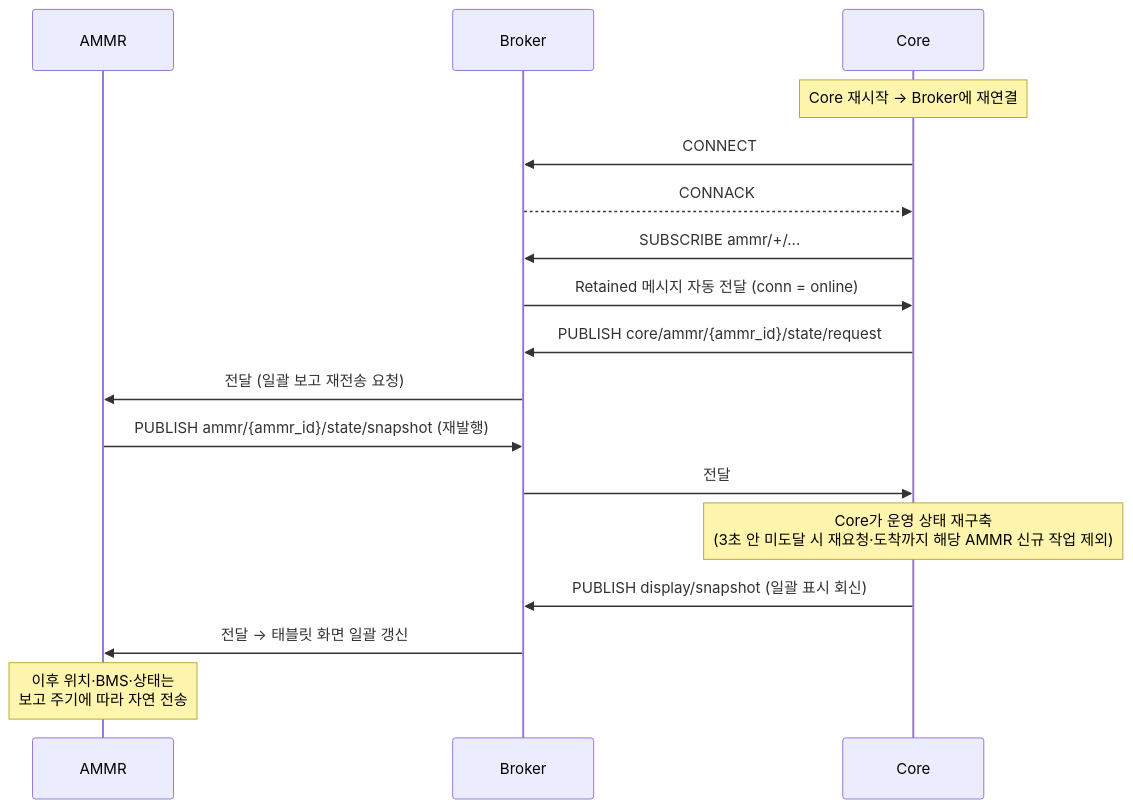
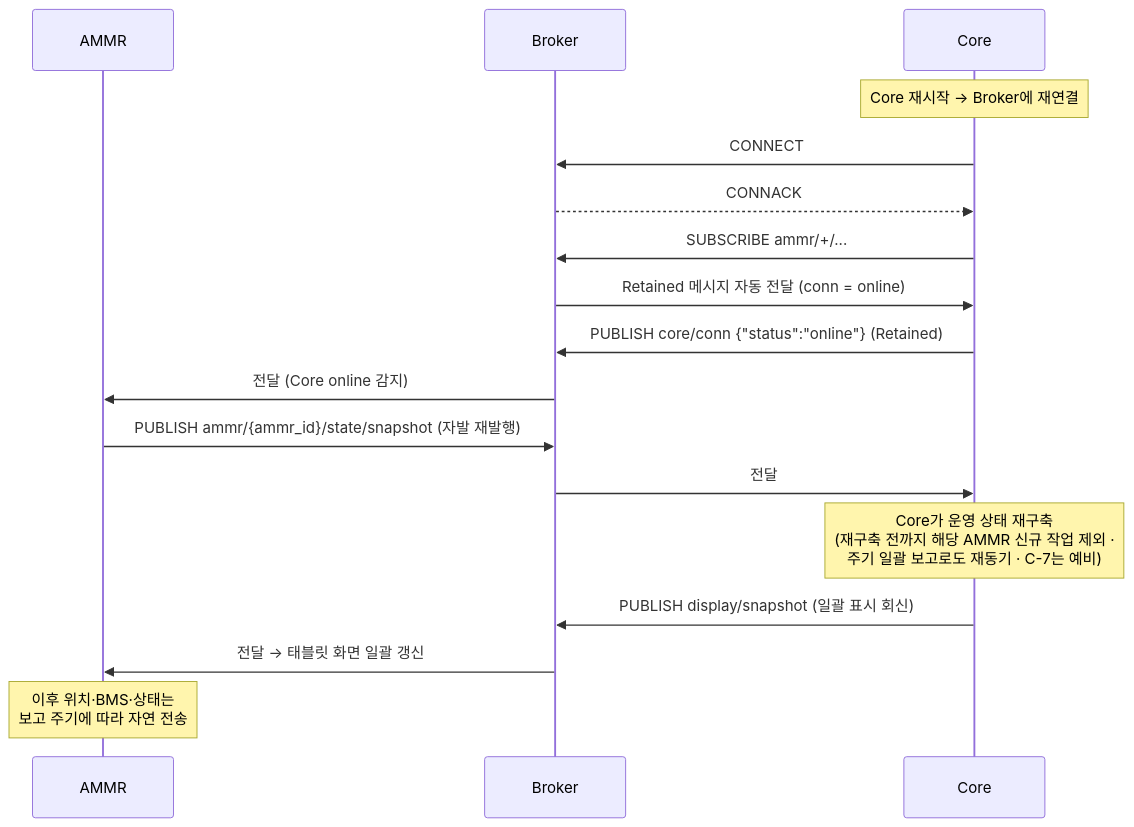
Diagram 13 of 13 in docs/out/Core_ICD_AMMR.md (kimminsu0315/Core-Docs), drawn with Mermaid before and after one commit. The commit also changed other lines of this file and 5 other files, not shown here.

````diff
--- a/docs/out/Core_ICD_AMMR.md
+++ b/docs/out/Core_ICD_AMMR.md
@@ -1212,22 +1188,22 @@
 ```mermaid
 sequenceDiagram
     participant A as AMMR
     participant B as Broker
     participant C as Core
 
     Note over C: Core 재시작 → Broker에 재연결
     C->>B: CONNECT
     B-->>C: CONNACK
     C->>B: SUBSCRIBE ammr/+/...
     B->>C: Retained 메시지 자동 전달 (conn = online)
 
-    C->>B: PUBLISH core/ammr/{ammr_id}/state/request
-    B->>A: 전달 (일괄 보고 재전송 요청)
-    A->>B: PUBLISH ammr/{ammr_id}/state/snapshot (재발행)
+    C->>B: PUBLISH core/conn {"status":"online"} (Retained)
+    B->>A: 전달 (Core online 감지)
+    A->>B: PUBLISH ammr/{ammr_id}/state/snapshot (자발 재발행)
     B->>C: 전달
-    Note over C: Core가 운영 상태 재구축<br/>(3초 안 미도달 시 재요청·도착까지 해당 AMMR 신규 작업 제외)
+    Note over C: Core가 운영 상태 재구축<br/>(재구축 전까지 해당 AMMR 신규 작업 제외 ·<br/>주기 일괄 보고로도 재동기 · C-7는 예비)
     C->>B: PUBLISH display/snapshot (일괄 표시 회신)
     B->>A: 전달 → 태블릿 화면 일괄 갱신
 
     Note over A: 이후 위치·BMS·상태는<br/>보고 주기에 따라 자연 전송
 ```
````
